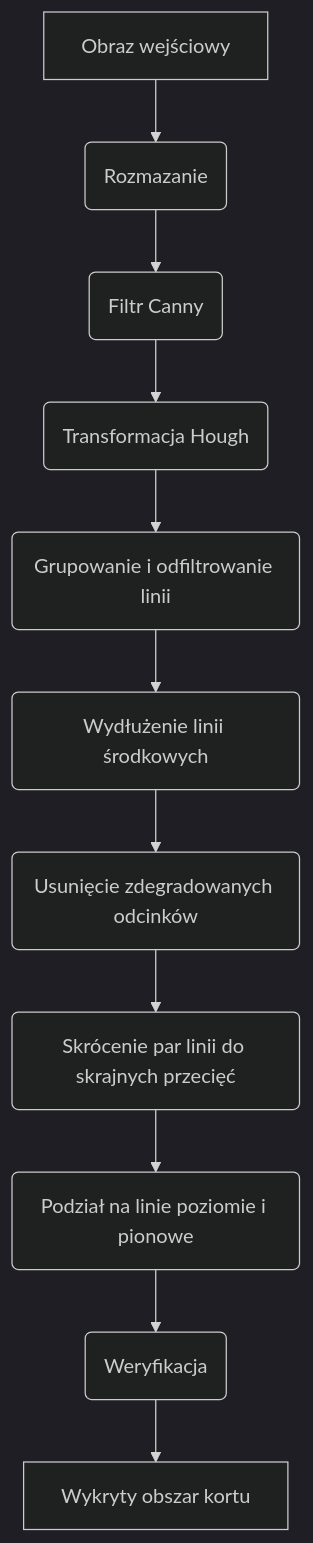
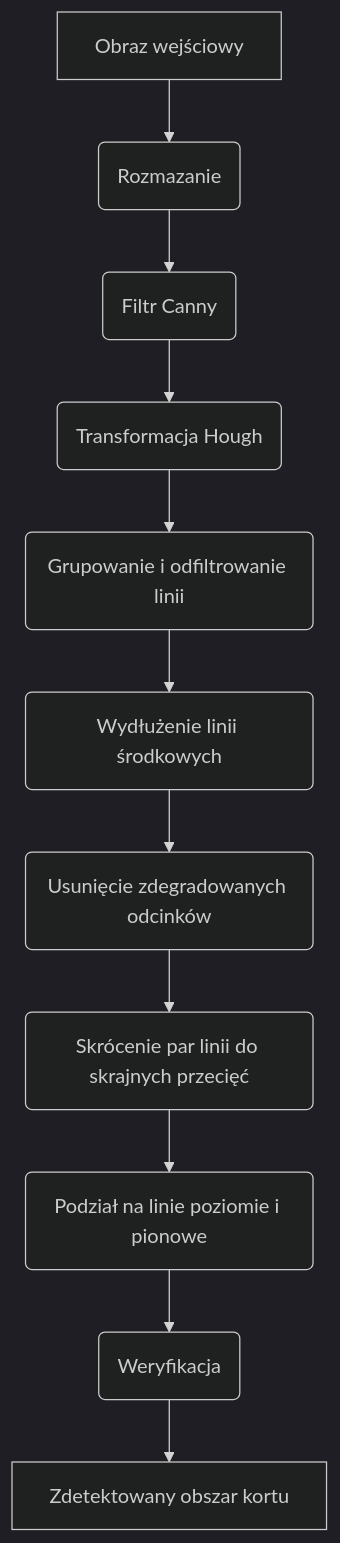
The diagram in thesis/chapters/problem/cpp.mmd (rzadp/badminton-monorepo), drawn with Mermaid (dark theme) before and after one commit. The commit also changed 8 other files, not shown here.

```diff
--- a/thesis/chapters/problem/cpp.mmd
+++ b/thesis/chapters/problem/cpp.mmd
@@ -1,30 +1,30 @@
 graph TD
 
 %% ...::: NODES :::...
 
 input[Obraz wejściowy]
 blur(Rozmazanie)
 edges(Filtr Canny)
 hough(Transformacja Hough)
 group(Grupowanie i odfiltrowanie linii)
 line_extend(Wydłużenie linii środkowych)
 remove_degraded(Usunięcie zdegradowanych odcinków)
 shorten(Skrócenie par linii do skrajnych przecięć)
 podzial(Podział na linie poziomie i pionowe)
 verif(Weryfikacja)
-court[Wykryty obszar kortu]
+court[Zdetektowany obszar kortu]
 
 %% ...::: STYLING :::...
 
 %% ...::: FLOWS :::...
 
 input-->blur
 blur-->edges
 edges-->hough
 hough-->group
 group-->line_extend
 line_extend-->remove_degraded
 remove_degraded-->shorten
 shorten-->podzial
 podzial-->verif
 verif-->court
```
